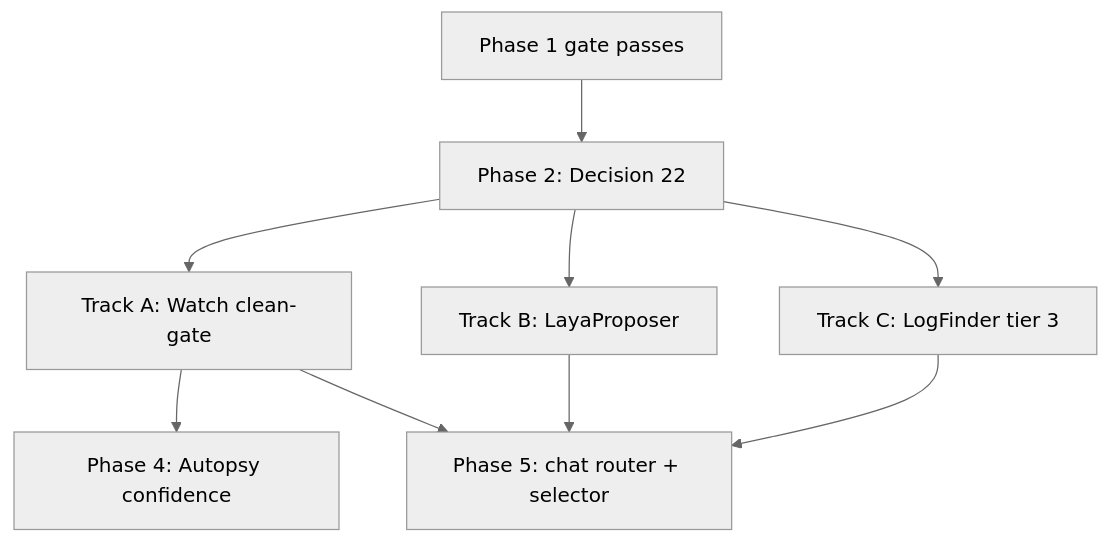
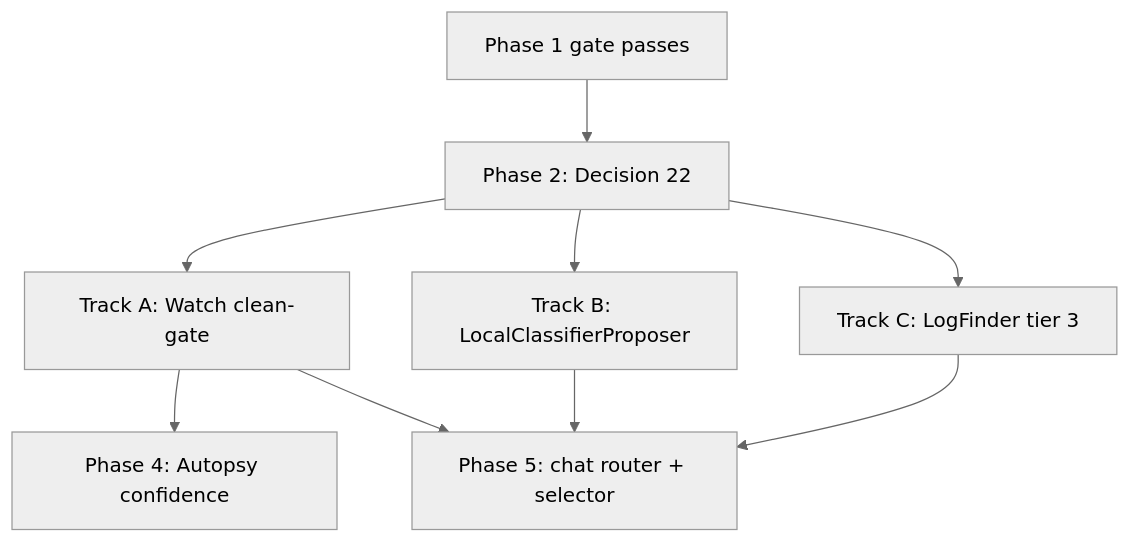
The second of 2 diagrams in docs/plans/laya-system1-integration.md (ROCm/aorta), drawn with Mermaid (neutral theme) before and after one commit. The commit also changed other lines of this file and 81 other files, not shown here.

````diff
--- a/docs/plans/laya-system1-integration.md
+++ b/docs/plans/laya-system1-integration.md
@@ -285,11 +296,11 @@
 ```mermaid
 flowchart TD
     gate["Phase 1 gate passes"] --> d22["Phase 2: Decision 22"]
     d22 --> trackA["Track A: Watch clean-gate"]
-    d22 --> trackB["Track B: LayaProposer"]
+    d22 --> trackB["Track B: LocalClassifierProposer"]
     d22 --> trackC["Track C: LogFinder tier 3"]
     trackA --> autopsy["Phase 4: Autopsy confidence"]
     trackA --> chat["Phase 5: chat router + selector"]
     trackB --> chat
     trackC --> chat
 ```
````
